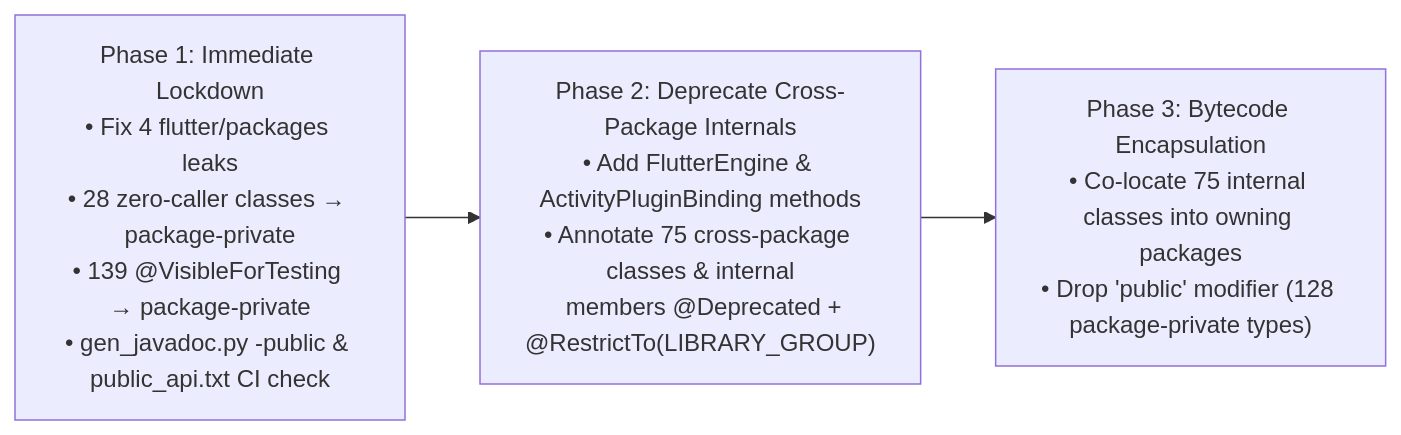
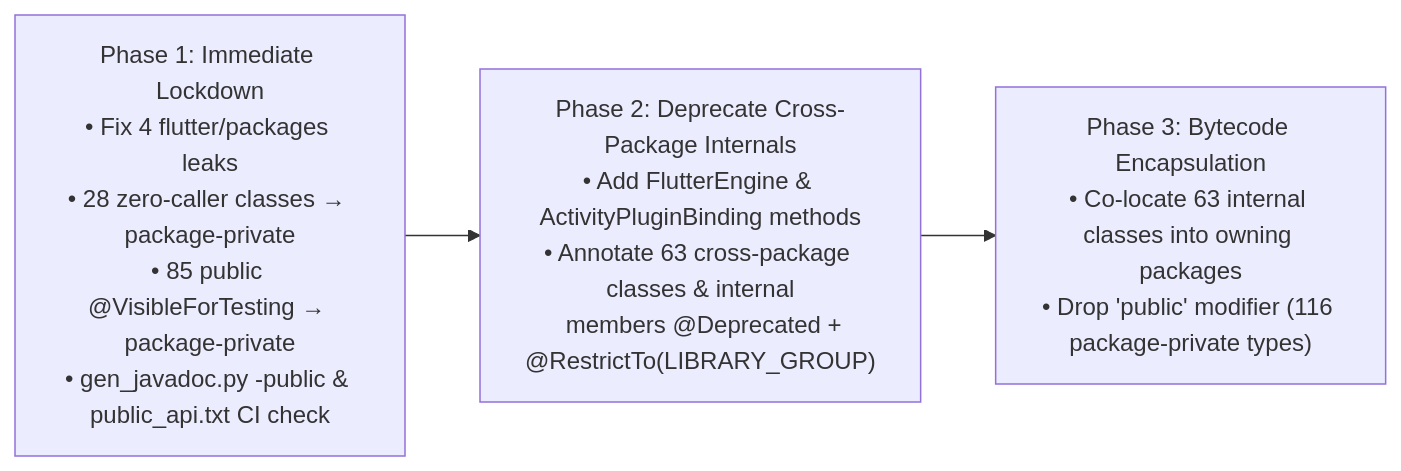
The diagram in rfc/410.0000-flutter-android-public-api-surface.md (flutter/rfc), drawn with Mermaid before and after one commit. The commit also changed other lines of this file, not shown here.

Commit message:
docs(rfc): clarify @VisibleForTesting policy and public API selection criteria

````diff
--- a/rfc/410.0000-flutter-android-public-api-surface.md
+++ b/rfc/410.0000-flutter-android-public-api-surface.md
@@ -130,5 +135,5 @@
 ```mermaid
 flowchart LR
-    P1["Phase 1: Immediate Lockdown<br/>• Fix 4 flutter/packages leaks<br/>• 28 zero-caller classes → package-private<br/>• 139 @VisibleForTesting → package-private<br/>• gen_javadoc.py -public & public_api.txt CI check"] --> P2["Phase 2: Deprecate Cross-Package Internals<br/>• Add FlutterEngine & ActivityPluginBinding methods<br/>• Annotate 75 cross-package classes & internal<br/>  members @Deprecated + @RestrictTo(LIBRARY_GROUP)"]
-    P2 --> P3["Phase 3: Bytecode Encapsulation<br/>• Co-locate 75 internal classes into owning packages<br/>• Drop 'public' modifier (128 package-private types)"]
+    P1["Phase 1: Immediate Lockdown<br/>• Fix 4 flutter/packages leaks<br/>• 28 zero-caller classes → package-private<br/>• 85 public @VisibleForTesting → package-private<br/>• gen_javadoc.py -public & public_api.txt CI check"] --> P2["Phase 2: Deprecate Cross-Package Internals<br/>• Add FlutterEngine & ActivityPluginBinding methods<br/>• Annotate 63 cross-package classes & internal<br/>  members @Deprecated + @RestrictTo(LIBRARY_GROUP)"]
+    P2 --> P3["Phase 3: Bytecode Encapsulation<br/>• Co-locate 63 internal classes into owning packages<br/>• Drop 'public' modifier (116 package-private types)"]
 ```
````
